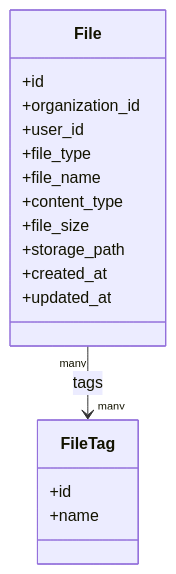
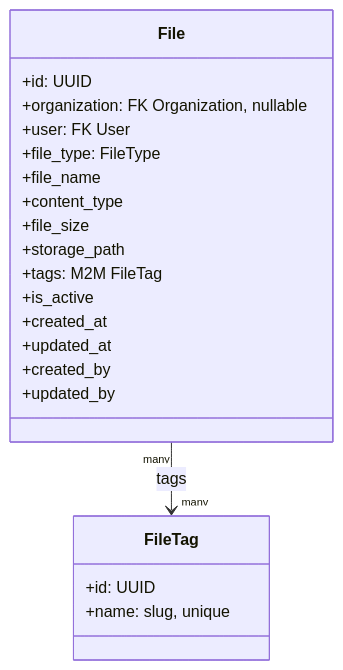
The first of 2 diagrams in spec/0014-file-storage-service.md (pucardotorg/dristi-be), drawn with Mermaid before and after one commit. The commit also changed other lines of this file and 19 other files, not shown here.

````diff
--- a/spec/0014-file-storage-service.md
+++ b/spec/0014-file-storage-service.md
@@ -62,22 +66,26 @@
 ```mermaid
 classDiagram
     class File {
-        +id
-        +organization_id
-        +user_id
-        +file_type
+        +id: UUID
+        +organization: FK Organization, nullable
+        +user: FK User
+        +file_type: FileType
         +file_name
         +content_type
         +file_size
         +storage_path
+        +tags: M2M FileTag
+        +is_active
         +created_at
         +updated_at
+        +created_by
+        +updated_by
     }
 
     class FileTag {
-        +id
-        +name
+        +id: UUID
+        +name: slug, unique
     }
 
     File "many" --> "many" FileTag : tags
 ```
````
